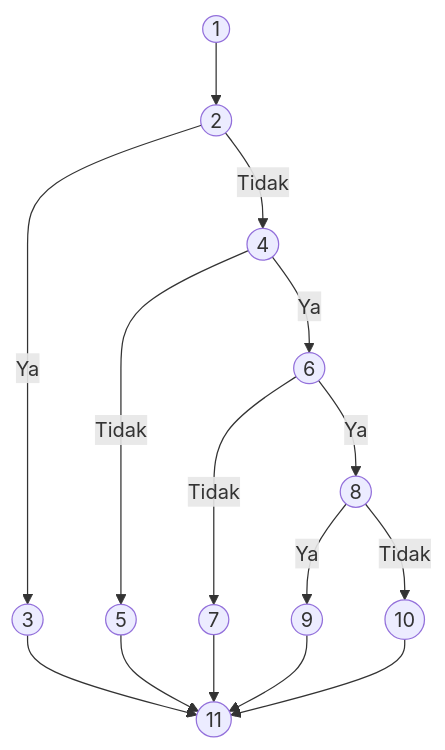
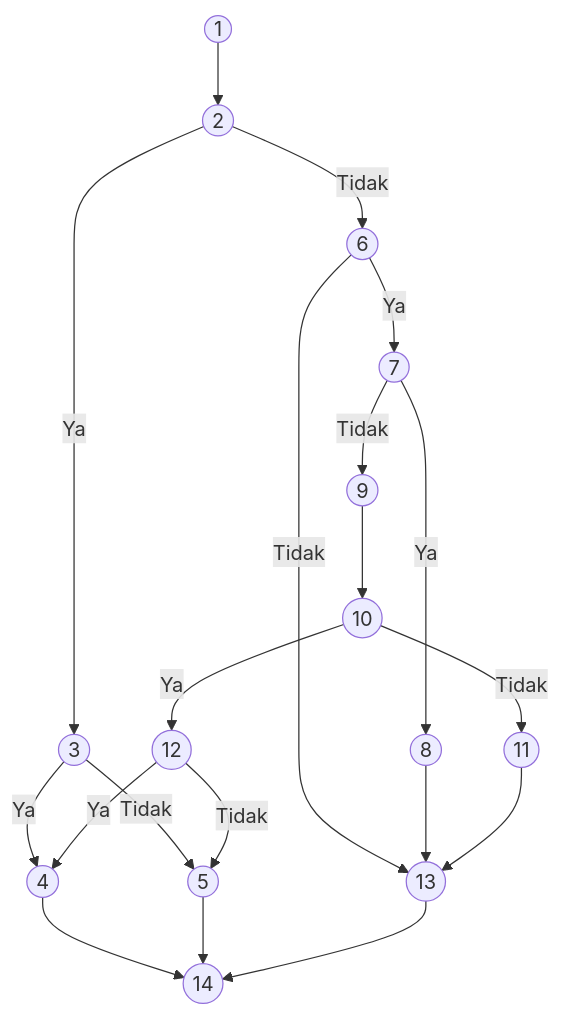
The second of 6 diagrams in docs/pengujian_whitebox.md (hafiizh09/-pemesanan_ak), drawn with Mermaid before and after one commit. The commit also changed other lines of this file, not shown here.

````diff
--- a/docs/pengujian_whitebox.md
+++ b/docs/pengujian_whitebox.md
@@ -38,21 +44,27 @@
 ```mermaid
 graph TD
     1((1)) --> 2((2))
     2 -- Ya --> 3((3))
-    2 -- Tidak --> 4((4))
+    3 -- Ya --> 4((4))
+    3 -- Tidak --> 5((5))
 
-    4 -- Tidak --> 5((5))
-    4 -- Ya --> 6((6))
+    2 -- Tidak --> 6((6))
+    6 -- Tidak --> 13((13))
+    6 -- Ya --> 7((7))
 
-    6 -- Tidak --> 7((7))
-    6 -- Ya --> 8((8))
+    7 -- Ya --> 8((8))
+    7 -- Tidak --> 9((9))
+    9 --> 10((10))
 
-    8 -- Ya --> 9((9))
-    8 -- Tidak --> 10((10))
+    10 -- Tidak --> 11((11))
+    10 -- Ya --> 12((12))
 
-    3 --> 11((11))
-    5 --> 11((11))
-    7 --> 11((11))
-    9 --> 11((11))
-    10 --> 11((11))
+    12 -- Ya --> 4
+    12 -- Tidak --> 5
+
+    8 --> 13
+    11 --> 13
+    4 --> 14((14))
+    5 --> 14
+    13 --> 14
 ```
````
